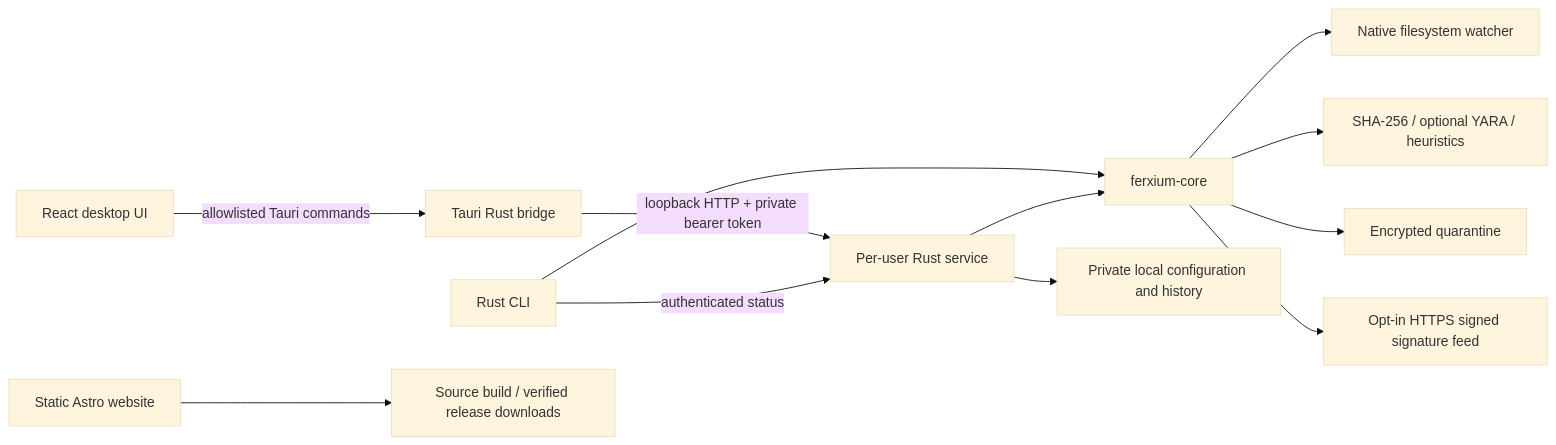
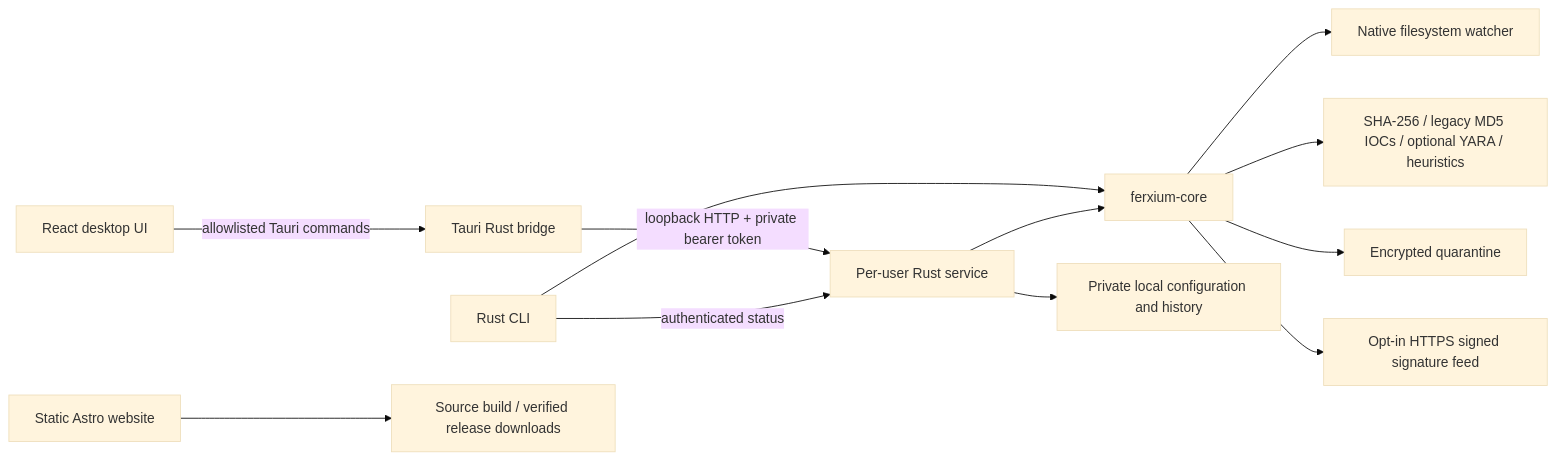
Before and after one commit to Mythrax-ZS/Ferxium: the diagram in README.md, drawn with Mermaid (base theme). The commit also changed other lines of this file and 27 other files, not shown here.

````diff
--- a/README.md
+++ b/README.md
@@ -35,14 +37,14 @@
 ```mermaid
 flowchart LR
   UI[React desktop UI] -->|allowlisted Tauri commands| Bridge[Tauri Rust bridge]
   Bridge -->|loopback HTTP + private bearer token| Service[Per-user Rust service]
   CLI[Rust CLI] -->|authenticated status| Service
   CLI --> Core[ferxium-core]
   Service --> Core
   Core --> Watch[Native filesystem watcher]
-  Core --> Detect[SHA-256 / optional YARA / heuristics]
+  Core --> Detect[SHA-256 / legacy MD5 IOCs / optional YARA / heuristics]
   Core --> Vault[Encrypted quarantine]
   Core --> Feed[Opt-in HTTPS signed signature feed]
   Service --> State[Private local configuration and history]
   Web[Static Astro website] --> Build[Source build / verified release downloads]
 ```
````
